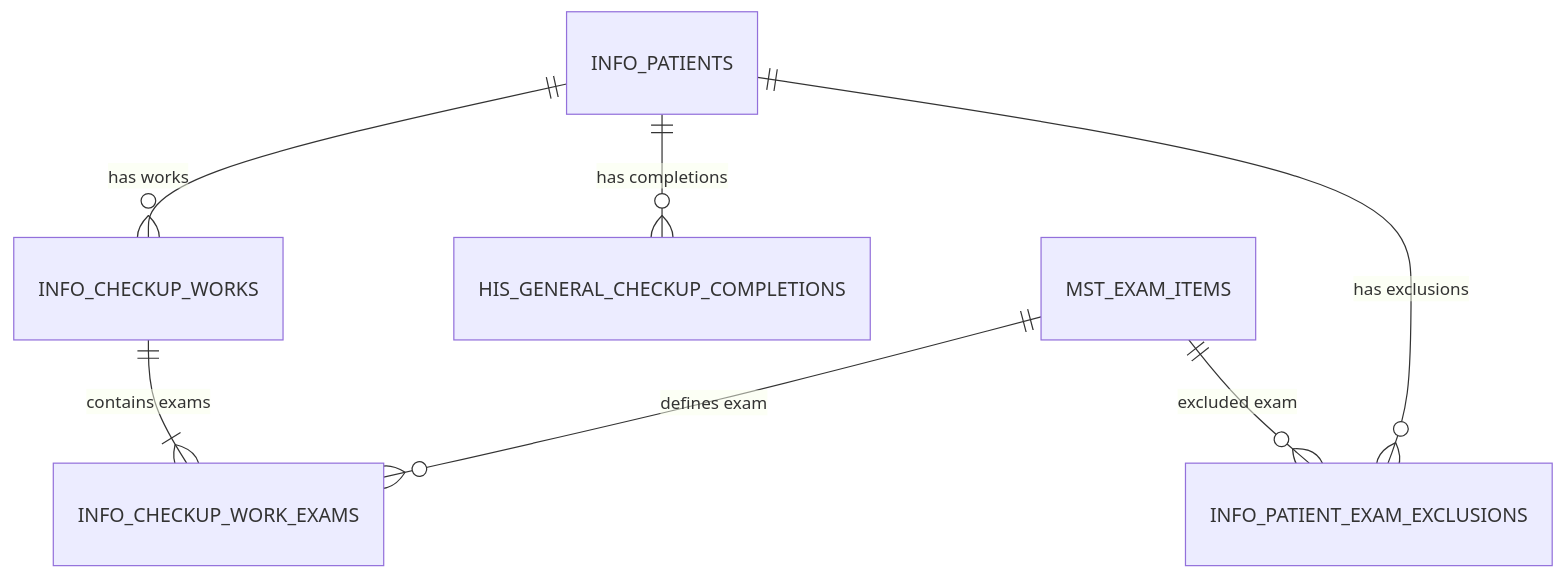
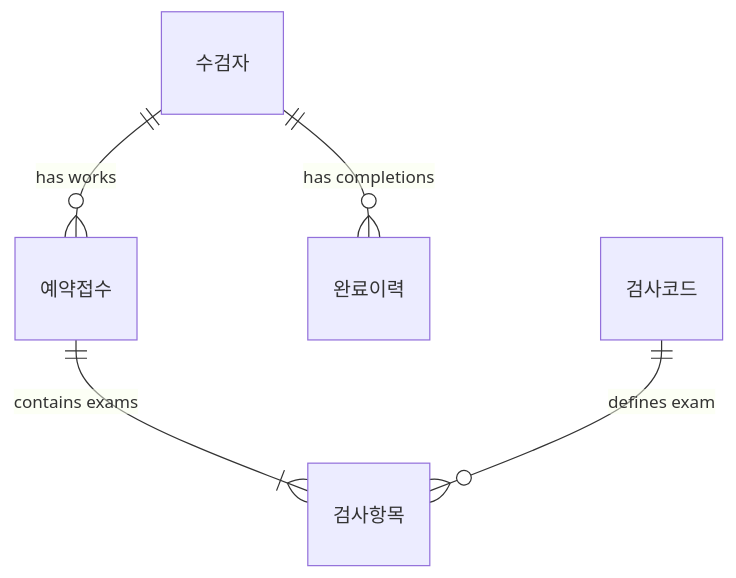
Before and after one commit to wotjr1649/HealthCheckupReservationReception: the first of 2 diagrams in docs/baseline/04_DB_Design.md, drawn with Mermaid. The commit also changed other lines of this file and 13 other files, not shown here.

````diff
--- a/docs/baseline/04_DB_Design.md
+++ b/docs/baseline/04_DB_Design.md
@@ -702,10 +726,8 @@
 ```mermaid
 erDiagram
-    INFO_PATIENTS ||--o{ INFO_CHECKUP_WORKS : "has works"
-    INFO_PATIENTS ||--o{ HIS_GENERAL_CHECKUP_COMPLETIONS : "has completions"
-    INFO_PATIENTS ||--o{ INFO_PATIENT_EXAM_EXCLUSIONS : "has exclusions"
+    수검자 ||--o{ 예약접수 : "has works"
+    수검자 ||--o{ 완료이력 : "has completions"
 
-    INFO_CHECKUP_WORKS ||--|{ INFO_CHECKUP_WORK_EXAMS : "contains exams"
-    MST_EXAM_ITEMS ||--o{ INFO_CHECKUP_WORK_EXAMS : "defines exam"
-    MST_EXAM_ITEMS ||--o{ INFO_PATIENT_EXAM_EXCLUSIONS : "excluded exam"
+    예약접수 ||--|{ 검사항목 : "contains exams"
+    검사코드 ||--o{ 검사항목 : "defines exam"
 ```
````
